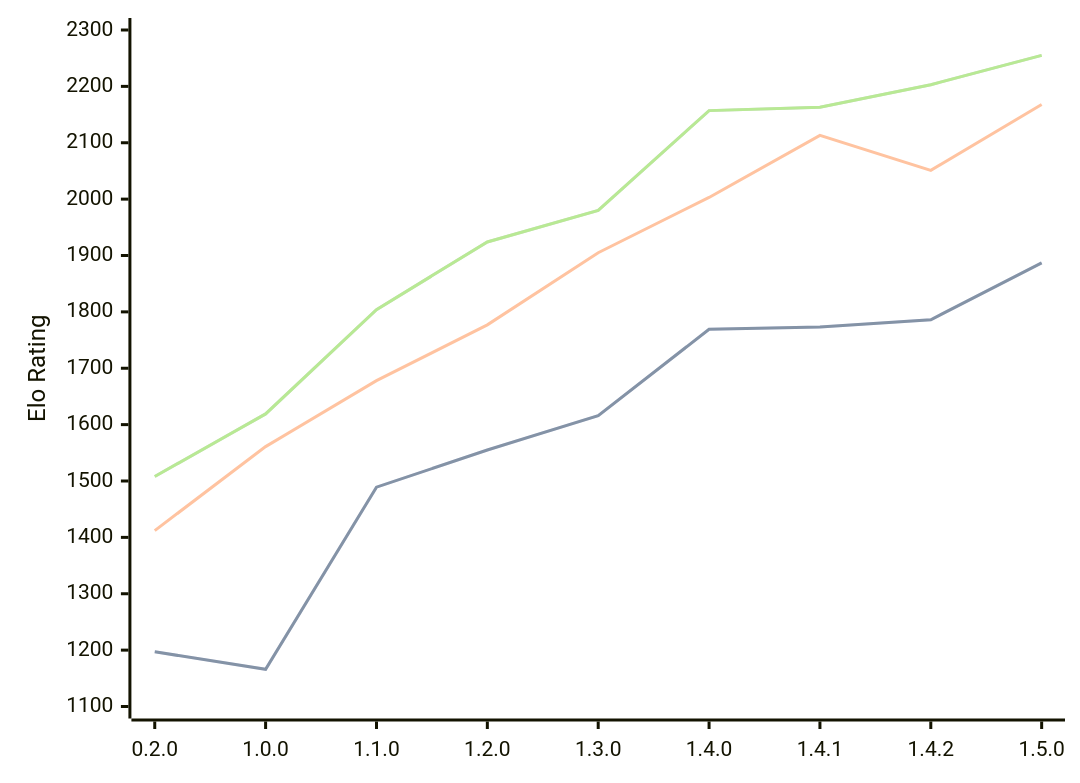
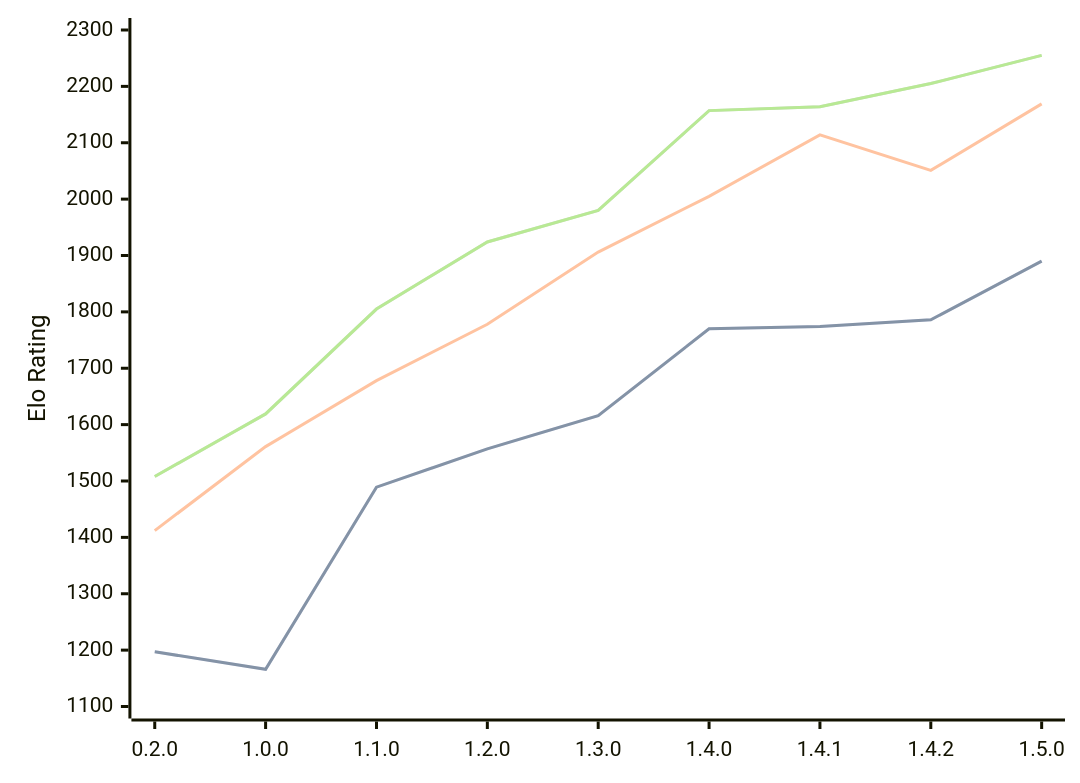
The diagram in engines/Zeppelin.md (computer-chess-index/cci), drawn with Mermaid before and after one commit. The commit also changed other lines of this file, not shown here.

Commit message:
Update CCI Ratings (ELO VLTC) - 2026-08-15

````diff
--- a/engines/Zeppelin.md
+++ b/engines/Zeppelin.md
@@ -39,11 +39,11 @@
 ```mermaid
 %%{init: {"theme":"base","themeVariables":{"seriesColors:['#a3a3a3','#222221','#faa371']}}}%%
 xychart-beta
   x-axis ["0.2.0", "1.0.0", "1.1.0", "1.2.0", "1.3.0", "1.4.0", "1.4.1", "1.4.2", "1.5.0"]
   y-axis "Elo Rating" 1100 --> 2300
-  line "STC (8.0+0.08s)" [1197, 1166, 1489, 1555, 1616, 1769, 1773, 1786, 1887]
-  line "STC (8.0+0.08s)" [1197, 1166, 1489, 1555, 1616, 1769, 1773, 1786, 1887]
-  line "LTC (60.0+0.60s)" [1412, 1561, 1678, 1777, 1905, 2003, 2113, 2051, 2168]
-  line "VLTC (2m24s+1.12s)" [1508, 1619, 1804, 1924, 1980, 2157, 2163, 2203, 2255]
-  line "VLTC (2m24s+1.12s)" [1508, 1619, 1804, 1924, 1980, 2157, 2163, 2203, 2255]
+  line "STC (8.0+0.08s)" [1197, 1166, 1489, 1557, 1616, 1770, 1774, 1786, 1890]
+  line "STC (8.0+0.08s)" [1197, 1166, 1489, 1557, 1616, 1770, 1774, 1786, 1890]
+  line "LTC (60.0+0.60s)" [1412, 1561, 1678, 1778, 1906, 2005, 2114, 2051, 2169]
+  line "VLTC (2m24s+1.12s)" [1508, 1619, 1805, 1924, 1980, 2157, 2164, 2205, 2255]
+  line "VLTC (2m24s+1.12s)" [1508, 1619, 1805, 1924, 1980, 2157, 2164, 2205, 2255]
 ```
````
